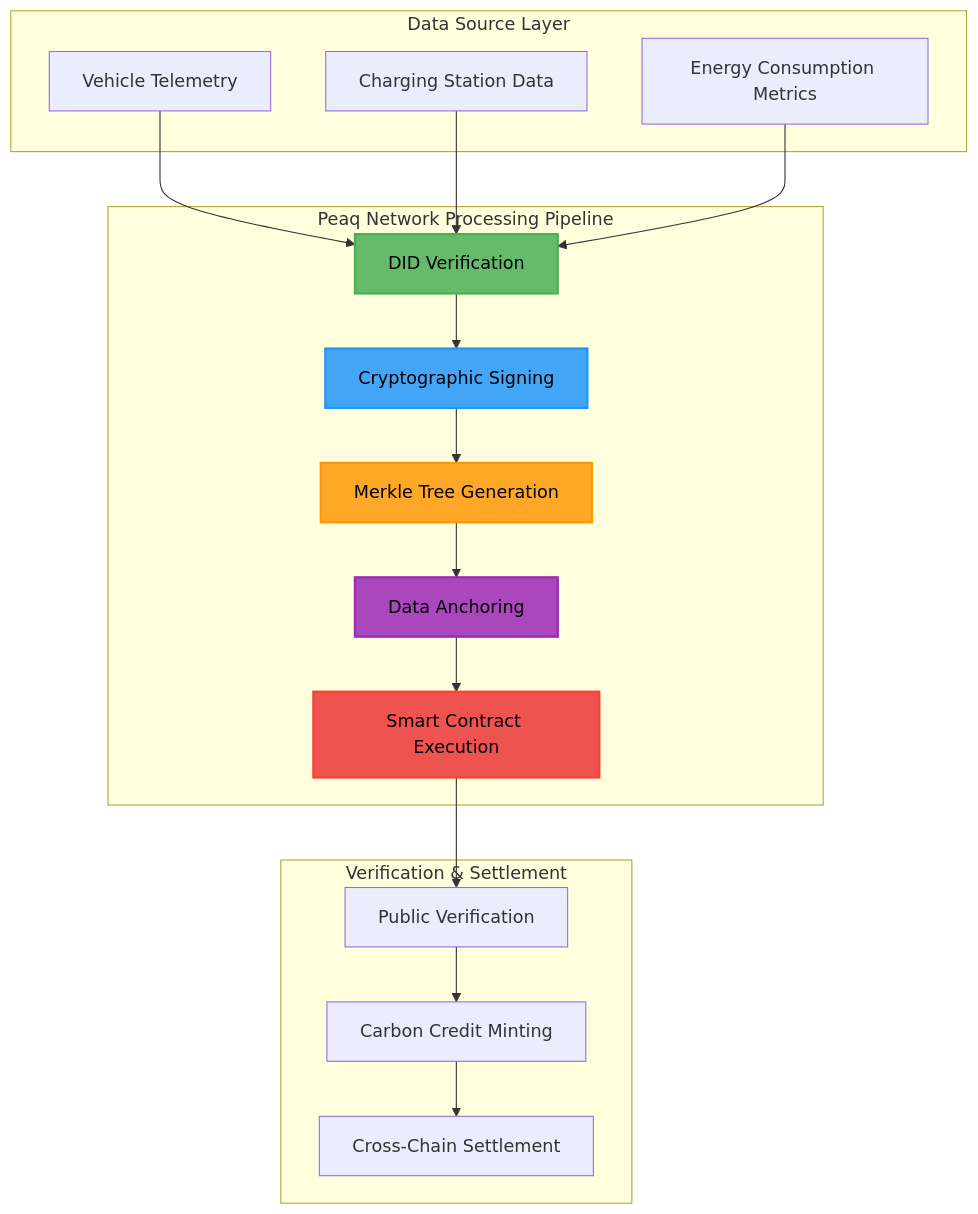
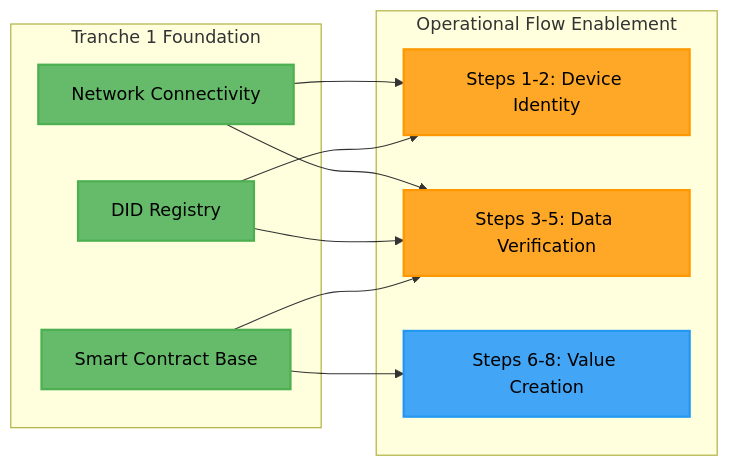
Before and after one commit to brn-mwai/aximobility-blockchain: the sixth of 12 diagrams in README.md, drawn with Mermaid. The commit also changed other lines of this file, not shown here.

````diff
--- a/README.md
+++ b/README.md
@@ -78,39 +266,28 @@
 ```mermaid
-flowchart TD
-    subgraph "Data Source Layer"
-        A1[Vehicle Telemetry]
-        A2[Charging Station Data]
-        A3[Energy Consumption Metrics]
+graph LR
+    subgraph "Tranche 1 Foundation"
+        A[Network Connectivity]
+        B[DID Registry]
+        C[Smart Contract Base]
     end
     
-    subgraph "Peaq Network Processing Pipeline"
-        B1[DID Verification]
-        B2[Cryptographic Signing]
-        B3[Merkle Tree Generation]
-        B4[Data Anchoring]
-        B5[Smart Contract Execution]
+    subgraph "Operational Flow Enablement"
+        D[Steps 1-2: Device Identity]
+        E[Steps 3-5: Data Verification]
+        F[Steps 6-8: Value Creation]
     end
     
-    subgraph "Verification & Settlement"
-        C1[Public Verification]
-        C2[Carbon Credit Minting]
-        C3[Cross-Chain Settlement]
-    end
+    A --> D
+    A --> E
+    B --> D
+    B --> E
+    C --> E
+    C --> F
     
-    A1 --> B1
-    A2 --> B1
-    A3 --> B1
-    B1 --> B2
-    B2 --> B3
-    B3 --> B4
-    B4 --> B5
-    B5 --> C1
-    C1 --> C2
-    C2 --> C3
-    
-    style B1 fill:#66BB6A,stroke:#4CAF50,stroke-width:2px,color:#000
-    style B2 fill:#42A5F5,stroke:#2196F3,stroke-width:2px,color:#000
-    style B3 fill:#FFA726,stroke:#FF9800,stroke-width:2px,color:#000
-    style B4 fill:#AB47BC,stroke:#9C27B0,stroke-width:2px,color:#000
-    style B5 fill:#EF5350,stroke:#F44336,stroke-width:2px,color:#000
+    style A fill:#66BB6A,stroke:#4CAF50,stroke-width:2px,color:#000
+    style B fill:#66BB6A,stroke:#4CAF50,stroke-width:2px,color:#000
+    style C fill:#66BB6A,stroke:#4CAF50,stroke-width:2px,color:#000
+    style D fill:#FFA726,stroke:#FF9800,stroke-width:2px,color:#000
+    style E fill:#FFA726,stroke:#FF9800,stroke-width:2px,color:#000
+    style F fill:#42A5F5,stroke:#2196F3,stroke-width:2px,color:#000
 ```
````
